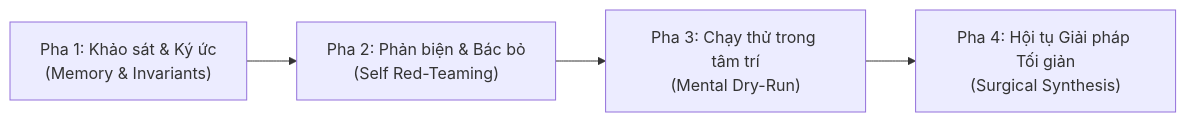
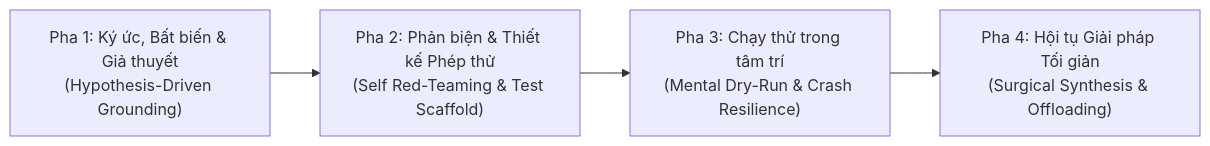
Before and after one commit to ghostminhtoan/teamwork-preview-protocol-GMTPC: the first of 3 diagrams in SKILL.md, drawn with Mermaid. The commit also changed other lines of this file and 1 other file, not shown here.

Commit message:
feat(skill): integrate claude-level hypothesis debugging, sister-bug scan, atomic resilience and context budgeting

````diff
--- a/SKILL.md
+++ b/SKILL.md
@@ -95,6 +102,6 @@
 ```mermaid
 flowchart LR
-    P1["Pha 1: Khảo sát & Ký ức<br>(Memory & Invariants)"] --> P2["Pha 2: Phản biện & Bác bỏ<br>(Self Red-Teaming)"]
-    P2 --> P3["Pha 3: Chạy thử trong tâm trí<br>(Mental Dry-Run)"]
-    P3 --> P4["Pha 4: Hội tụ Giải pháp Tối giản<br>(Surgical Synthesis)"]
+    P1["Pha 1: Ký ức, Bất biến & Giả thuyết<br>(Hypothesis-Driven Grounding)"] --> P2["Pha 2: Phản biện & Thiết kế Phép thử<br>(Self Red-Teaming & Test Scaffold)"]
+    P2 --> P3["Pha 3: Chạy thử trong tâm trí<br>(Mental Dry-Run & Crash Resilience)"]
+    P3 --> P4["Pha 4: Hội tụ Giải pháp Tối giản<br>(Surgical Synthesis & Offloading)"]
 ```
````
